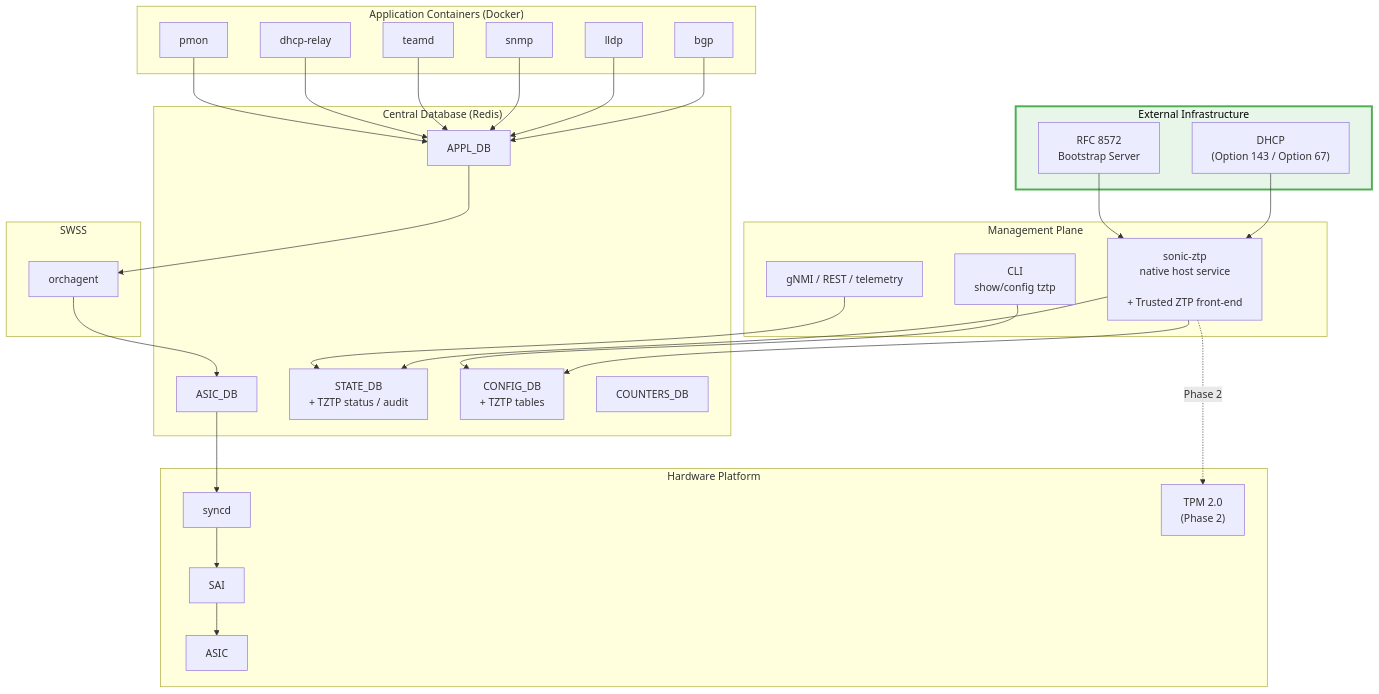
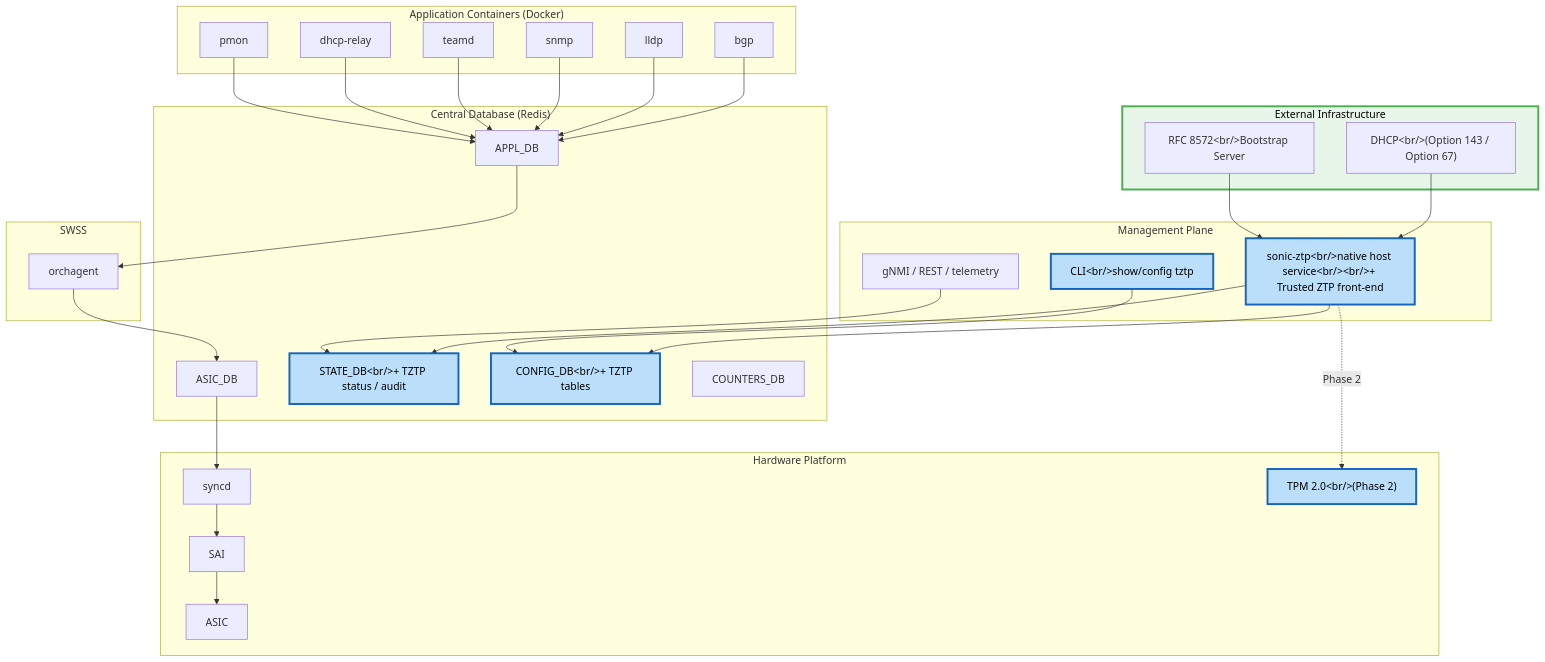
The third of 16 diagrams in doc/ztp/trusted-ztp.md (keerthikumar-t/SONiC), drawn with Mermaid before and after one commit. The commit also changed other lines of this file, not shown here.

````diff
--- a/doc/ztp/trusted-ztp.md
+++ b/doc/ztp/trusted-ztp.md
@@ -359,8 +359,8 @@
         APPL[APPL_DB]
 
         ASICDB[ASIC_DB]
-        STATEDB["STATE_DB<br/>+ TZTP status / audit"]
-        CONFIGDB["CONFIG_DB<br/>+ TZTP tables"]
+        STATEDB["STATE_DB&lt;br/&gt;+ TZTP status / audit"]
+        CONFIGDB["CONFIG_DB&lt;br/&gt;+ TZTP tables"]
         COUNTERS[COUNTERS_DB]
     end
 
@@ -371,27 +371,26 @@
 
     %% Management Plane
     subgraph MGMT["Management Plane"]
-        TZTP["sonic-ztp<br/>native host service<br/><br/>+ Trusted ZTP front-end"]
+        TZTP["sonic-ztp&lt;br/&gt;native host service&lt;br/&gt;&lt;br/&gt;+ Trusted ZTP front-end"]
 
-        CLI["CLI<br/>show/config tztp"]
+        CLI["CLI&lt;br/&gt;show/config tztp"]
 
         API["gNMI / REST / telemetry"]
     end
 
     %% External Infrastructure
     subgraph EXT["External Infrastructure"]
-        DHCP["DHCP<br/>(Option 143 / Option 67)"]
-        BOOT["RFC 8572<br/>Bootstrap Server"]
+        DHCP["DHCP&lt;br/&gt;(Option 143 / Option 67)"]
+        BOOT["RFC 8572&lt;br/&gt;Bootstrap Server"]
     end
     style EXT fill:#e8f5e9,stroke:#4caf50,stroke-width:3px,color:#000
-
 
     %% Hardware Platform
     subgraph HW["Hardware Platform"]
         SYNCD[syncd]
         SAI[SAI]
         ASIC[ASIC]
-        TPM["TPM 2.0<br/>(Phase 2)"]
+        TPM["TPM 2.0&lt;br/&gt;(Phase 2)"]
     end
 
     %% Relationships
@@ -420,4 +419,11 @@
     API --> STATEDB
 
     TZTP -. Phase 2 .-> TPM
+
+    %% Trusted ZTP Components (Blue)
+    style TZTP fill:#bbdefb,stroke:#1565c0,stroke-width:3px,color:#000
+    style CLI fill:#bbdefb,stroke:#1565c0,stroke-width:3px,color:#000
+    style CONFIGDB fill:#bbdefb,stroke:#1565c0,stroke-width:3px,color:#000
+    style STATEDB fill:#bbdefb,stroke:#1565c0,stroke-width:3px,color:#000
+    style TPM fill:#bbdefb,stroke:#1565c0,stroke-width:3px,color:#000
 ```
````
